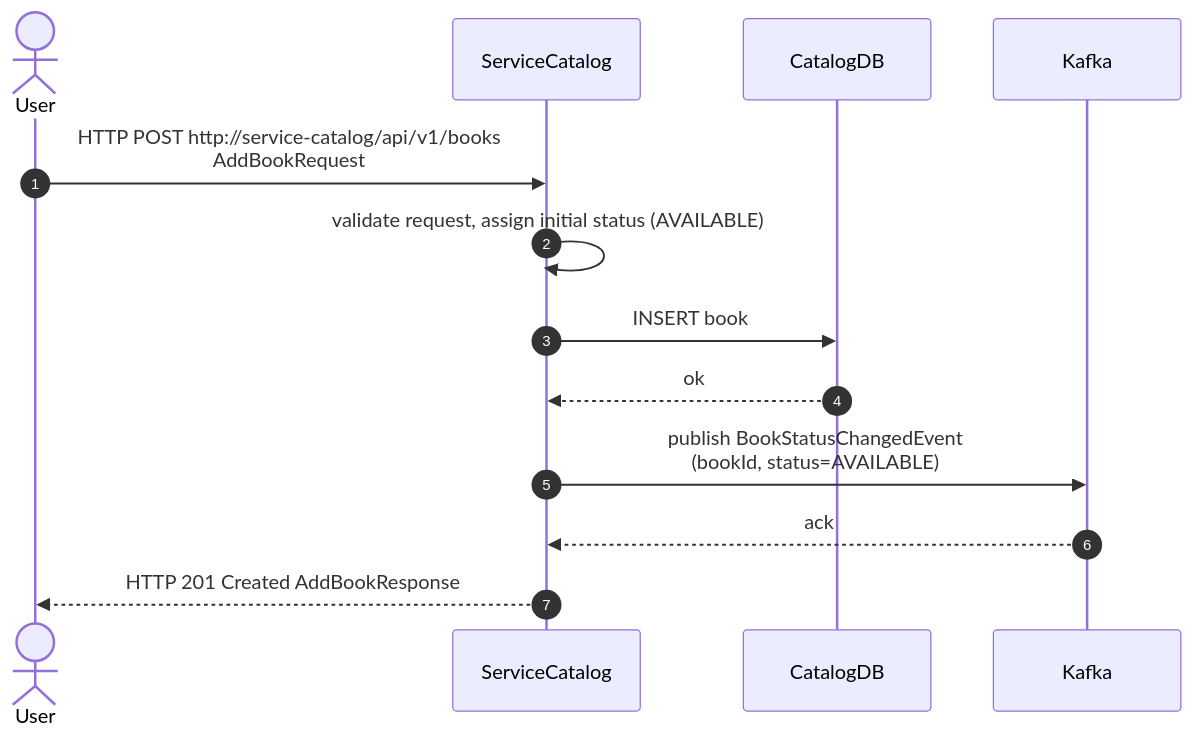
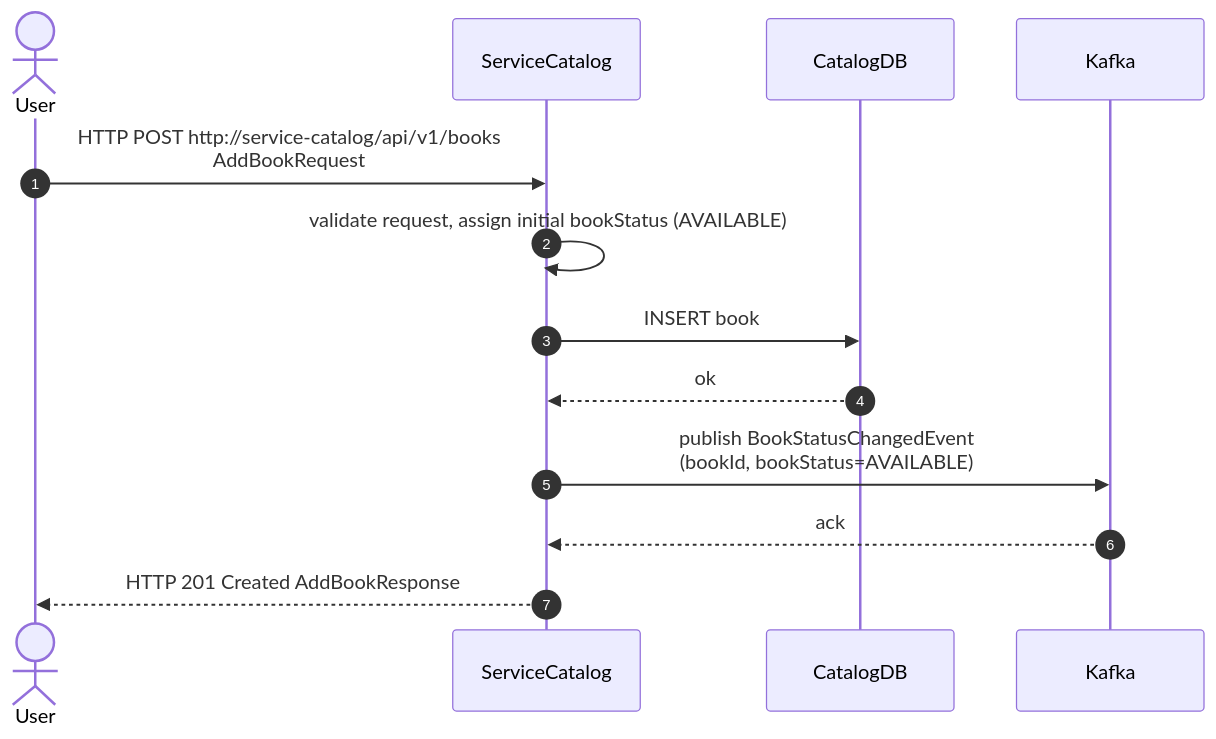
The diagram in service/service-catalog/documents/HLD/HLD-CF-02 Add Book Flow.mermaid (Hattatoglu/library-of-alexandria), drawn with Mermaid before and after one commit. The commit also changed 64 other files, not shown here.

```diff
--- a/service/service-catalog/documents/HLD/HLD-CF-02 Add Book Flow.mermaid
+++ b/service/service-catalog/documents/HLD/HLD-CF-02 Add Book Flow.mermaid
@@ -1,14 +1,14 @@
 sequenceDiagram
     autonumber
     actor User
     participant ServiceCatalog
     participant CatalogDB
     participant Kafka
 
     User           ->>  ServiceCatalog      :   HTTP POST http://service-catalog/api/v1/books <br/>AddBookRequest
-    ServiceCatalog ->>  ServiceCatalog      :   validate request, assign initial status (AVAILABLE)
+    ServiceCatalog ->>  ServiceCatalog      :   validate request, assign initial bookStatus (AVAILABLE)
     ServiceCatalog ->>  CatalogDB           :   INSERT book
     CatalogDB      -->> ServiceCatalog      :   ok
-    ServiceCatalog ->>  Kafka               :   publish BookStatusChangedEvent <br/>(bookId, status=AVAILABLE)
+    ServiceCatalog ->>  Kafka               :   publish BookStatusChangedEvent <br/>(bookId, bookStatus=AVAILABLE)
     Kafka          -->> ServiceCatalog      :   ack
     ServiceCatalog -->> User                :   HTTP 201 Created AddBookResponse
```
